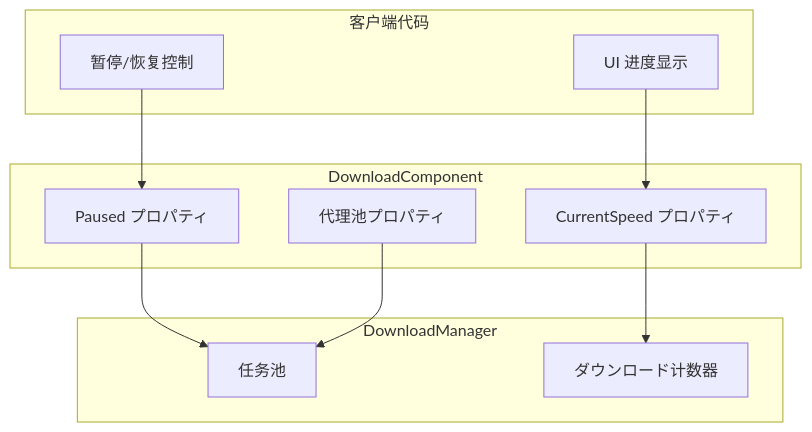
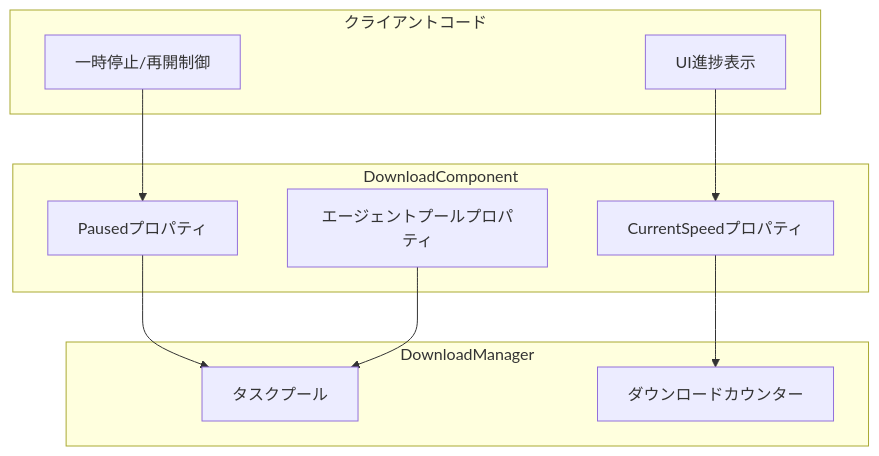
One commit to AlianBlank/GameFrameX.Docs changed the second of 2 diagrams in docs/ja/client/unity/component/download/09.properties.md. Above: the diagram before and after it, drawn with Mermaid. The commit also changed other lines of this file and 320 other files, not shown here.

````diff
--- a/docs/ja/client/unity/component/download/09.properties.md
+++ b/docs/ja/client/unity/component/download/09.properties.md
@@ -232,24 +232,24 @@
 ```mermaid
 flowchart TD
-    subgraph Client["客户端代码"]
-        UI[UI 进度显示]
-        Ctrl[暂停/恢复控制]
+    subgraph Client["クライアントコード"]
+        UI[UI進捗表示]
+        Ctrl[一時停止/再開制御]
     end
-    
+
     subgraph DownloadComponent["DownloadComponent"]
-        PausedProp["Paused プロパティ"]
-        SpeedProp["CurrentSpeed プロパティ"]
-        AgentProps["代理池プロパティ"]
+        PausedProp["Pausedプロパティ"]
+        SpeedProp["CurrentSpeedプロパティ"]
+        AgentProps["エージェントプールプロパティ"]
     end
-    
+
     subgraph DownloadManager["DownloadManager"]
-        TaskPool[任务池]
-        Counter[ダウンロード计数器]
+        TaskPool[タスクプール]
+        Counter[ダウンロードカウンター]
     end
-    
+
     UI --> SpeedProp
     SpeedProp --> Counter
     Ctrl --> PausedProp
     PausedProp --> TaskPool
     AgentProps --> TaskPool
 ```
````
